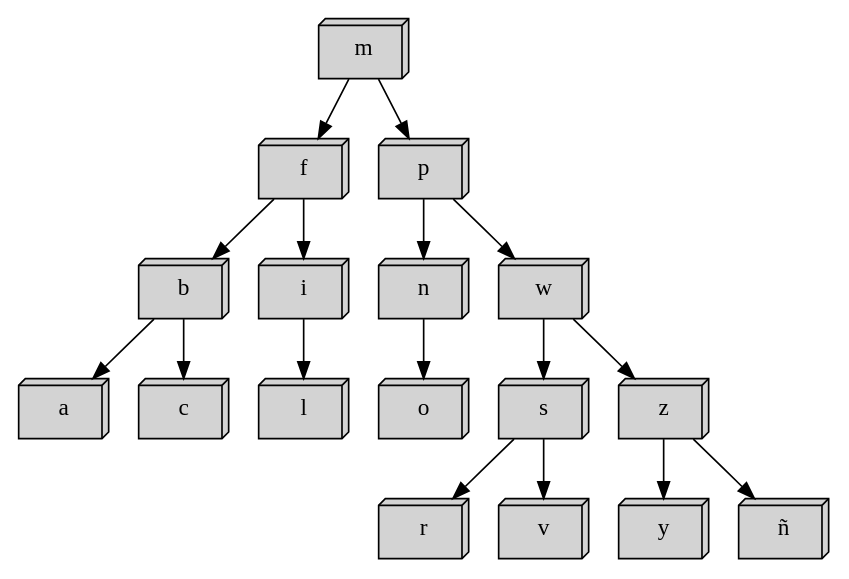
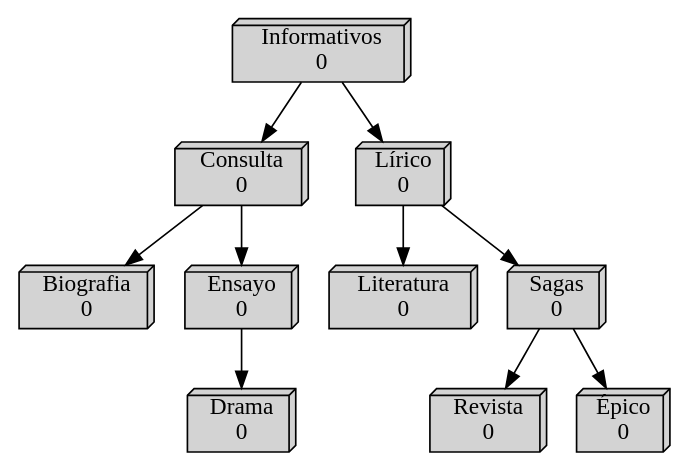
One commit to LinkSon-PC/EDD_1S2020_PY2_201800634 changed the diagram in [EDD]Proyecto2_201800634/avl.dot. Above: the diagram before and after it, drawn with Graphviz. The commit also changed 22 other files, not shown here.

```diff
--- a/[EDD]Proyecto2_201800634/avl.dot
+++ b/[EDD]Proyecto2_201800634/avl.dot
@@ -1,34 +1,30 @@
-digraph G { style = filled; bgcolor = white; color = lightgrey; node[shape=box3d, style = filled]Nodo1623836374[label="m "] 
-Nodo1623836374->Nodo850015103
-Nodo850015103[label="f "] 
-Nodo850015103->Nodo29441213
-Nodo29441213[label="b "] 
-Nodo29441213->Nodo784423827
-Nodo784423827[label="a "] 
-Nodo29441213->Nodo9488363
-Nodo9488363[label="c "] 
-Nodo850015103->Nodo1673674061
-Nodo1673674061[label="i "] 
-Nodo1673674061->Nodo1810809180
-Nodo1810809180[label="l "] 
-Nodo1623836374->Nodo1331106417
-Nodo1331106417[label="p "] 
-Nodo1331106417->Nodo1233009647
-Nodo1233009647[label="n "] 
-Nodo1233009647->Nodo992235480
-Nodo992235480[label="o "] 
-Nodo1331106417->Nodo652053953
-Nodo652053953[label="w "] 
-Nodo652053953->Nodo1366218737
-Nodo1366218737[label="s "] 
-Nodo1366218737->Nodo1769422704
-Nodo1769422704[label="r "] 
-Nodo1366218737->Nodo1882519305
-Nodo1882519305[label="v "] 
-Nodo652053953->Nodo978181963
-Nodo978181963[label="z "] 
-Nodo978181963->Nodo498816684
-Nodo498816684[label="y "] 
-Nodo978181963->Nodo1298622164
-Nodo1298622164[label="ñ "] 
+digraph G { style = filled; bgcolor = white; color = lightgrey; node[shape=box3d, style = filled]Nodo37217146[label="Informativos
+0 "] 
+Nodo37217146->Nodo827236180
+Nodo827236180[label="Consulta
+0 "] 
+Nodo827236180->Nodo1944141161
+Nodo1944141161[label="Biografia
+0 "] 
+Nodo827236180->Nodo1320256250
+Nodo1320256250[label="Ensayo
+0 "] 
+Nodo1320256250->Nodo1939899493
+Nodo1939899493[label="Drama
+0 "] 
+Nodo37217146->Nodo919671162
+Nodo919671162[label="Lírico
+0 "] 
+Nodo919671162->Nodo1285646524
+Nodo1285646524[label="Literatura
+0 "] 
+Nodo919671162->Nodo239441280
+Nodo239441280[label="Sagas
+0 "] 
+Nodo239441280->Nodo2033302401
+Nodo2033302401[label="Revista
+0 "] 
+Nodo239441280->Nodo1205157660
+Nodo1205157660[label="Épico
+0 "] 
 }
```
